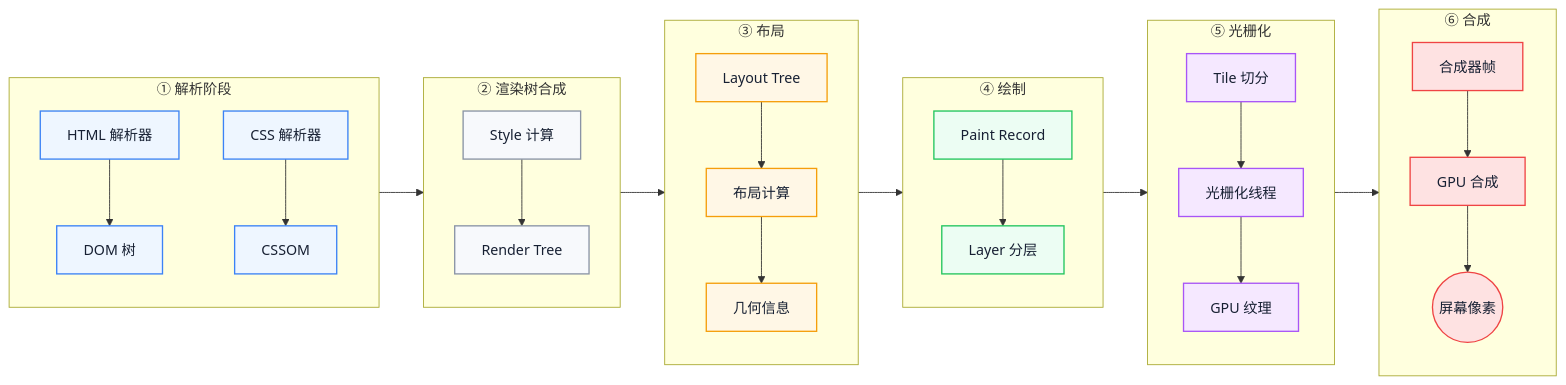
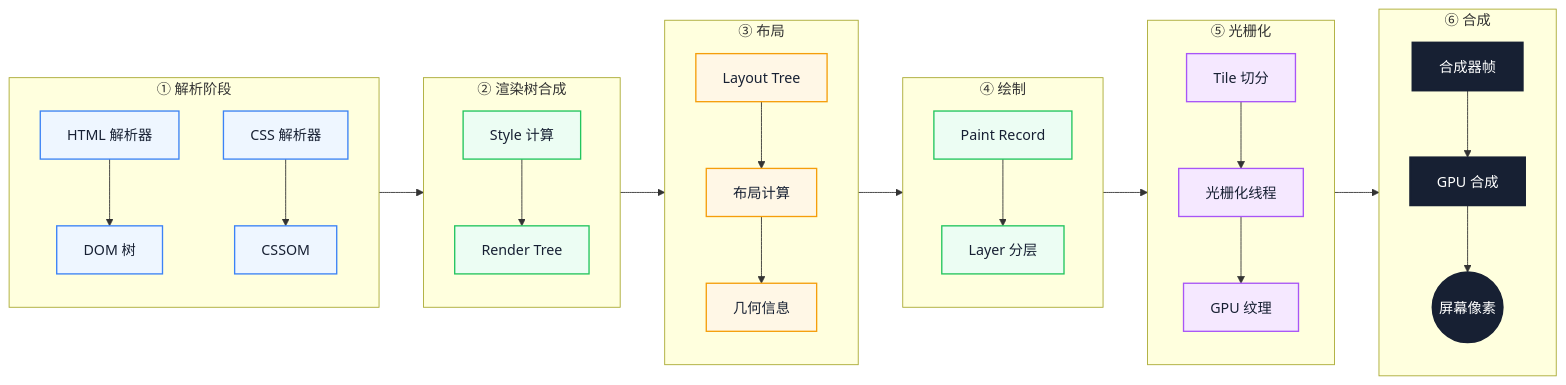
Before and after one commit to Fatejian/frontier-vault: the first of 3 diagrams in docs/browser/rendering-pipeline.md, drawn with Mermaid. The commit also changed other lines of this file and 41 other files, not shown here.

````diff
--- a/docs/browser/rendering-pipeline.md
+++ b/docs/browser/rendering-pipeline.md
@@ -67,67 +57,65 @@
 ```mermaid
-%%{init: {'theme': 'base', 'themeVariables': { 'fontFamily': 'Inter, PingFang SC, Microsoft YaHei, sans-serif', 'primaryColor': '#EEF6FF', 'primaryTextColor': '#172033', 'primaryBorderColor': '#6EA8FE', 'lineColor': '#8A94A6', 'secondaryColor': '#F7F9FC', 'tertiaryColor': '#FFF7E6, 'fontSize': '13px'}}}%%
 flowchart LR
     subgraph Parse["① 解析阶段"]
         direction TB
         A1[HTML 解析器]
         A2[DOM 树]
         A3[CSS 解析器]
         A4[CSSOM]
         A1 --> A2
         A3 --> A4
     end
 
     subgraph Render["② 渲染树合成"]
         direction TB
         B1[Style 计算]
         B2[Render Tree]
         B1 --> B2
     end
 
     subgraph Layout["③ 布局"]
         direction TB
         C1[Layout Tree]
         C2[布局计算]
         C3[几何信息]
         C1 --> C2 --> C3
     end
 
     subgraph Paint["④ 绘制"]
         direction TB
         D1[Paint Record]
         D2[Layer 分层]
         D1 --> D2
     end
 
-    subgraph Raster[⑤ 光栅化]
+    subgraph Raster["⑤ 光栅化"]
         direction TB
         E1[Tile 切分]
         E2[光栅化线程]
         E3[GPU 纹理]
         E1 --> E2 --> E3
     end
 
     subgraph Composite["⑥ 合成"]
         direction TB
         F1[合成器帧]
         F2[GPU 合成]
         F3((屏幕像素))
         F1 --> F2 --> F3
     end
 
     Parse --> Render --> Layout --> Paint --> Raster --> Composite
 
-    classDef parse fill:#EEF6FF,stroke:#3B82F6,color:#172033,stroke-width:1.5px;
-    classDef render fill:#F7F9FC,stroke:#8A94A6,color:#172033,stroke-width:1.5px;
-    classDef layout fill:#FFF7E6,stroke:#F59E0B,color:#172033,stroke-width:1.5px;
-    classDef paint fill:#ECFDF3,stroke:#22C55E,color:#172033,stroke-width:1.5px;
-    classDef raster fill:#F5E8FF,stroke:#A855F7,color:#172033,stroke-width:1.5px;
-    classDef composite fill:#FEE2E2,stroke:#EF4444,color:#172033,stroke-width:1.5px;
+    classDef wait fill:#EEF6FF,stroke:#3B82F6,color:#172033,stroke-width:1.5px;
+    classDef work fill:#ECFDF3,stroke:#22C55E,color:#172033,stroke-width:1.5px;
+    classDef block fill:#FFF7E6,stroke:#F59E0B,color:#172033,stroke-width:1.5px;
+    classDef metric fill:#F5E8FF,stroke:#A855F7,color:#172033,stroke-width:1.5px;
+    classDef core fill:#172033,color:#fff,stroke:#172033,stroke-width:2px;
 
-    class A1,A2,A3,A4 parse;
-    class B1,B2 render;
-    class C1,C2,C3 layout;
-    class D1,D2 paint;
-    class E1,E2,E3 raster;
-    class F1,F2,F3 composite;
+    class A1,A2,A3,A4 wait;
+    class B1,B2 work;
+    class C1,C2,C3 block;
+    class D1,D2 work;
+    class E1,E2,E3 metric;
+    class F1,F2,F3 core;
 ```
````
